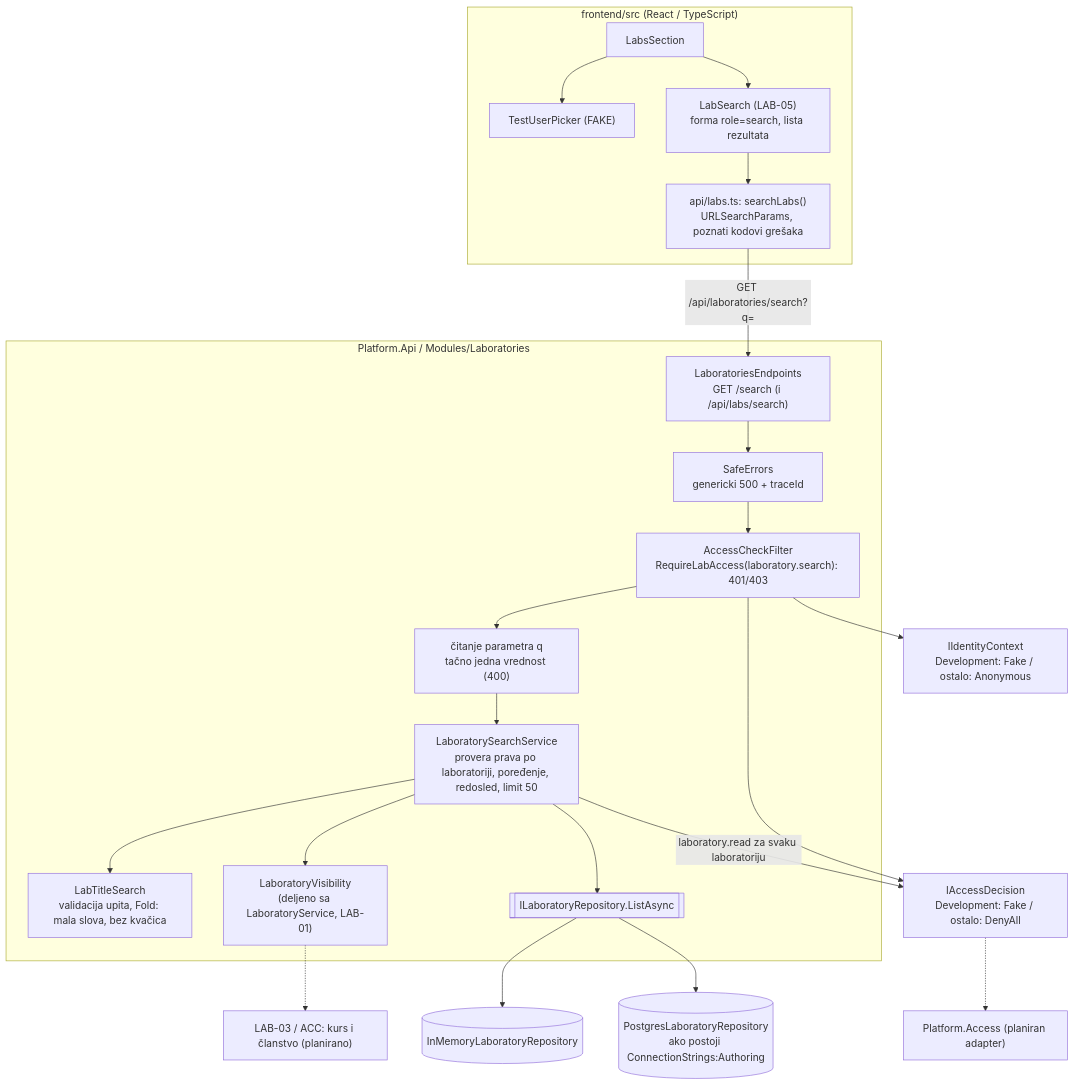
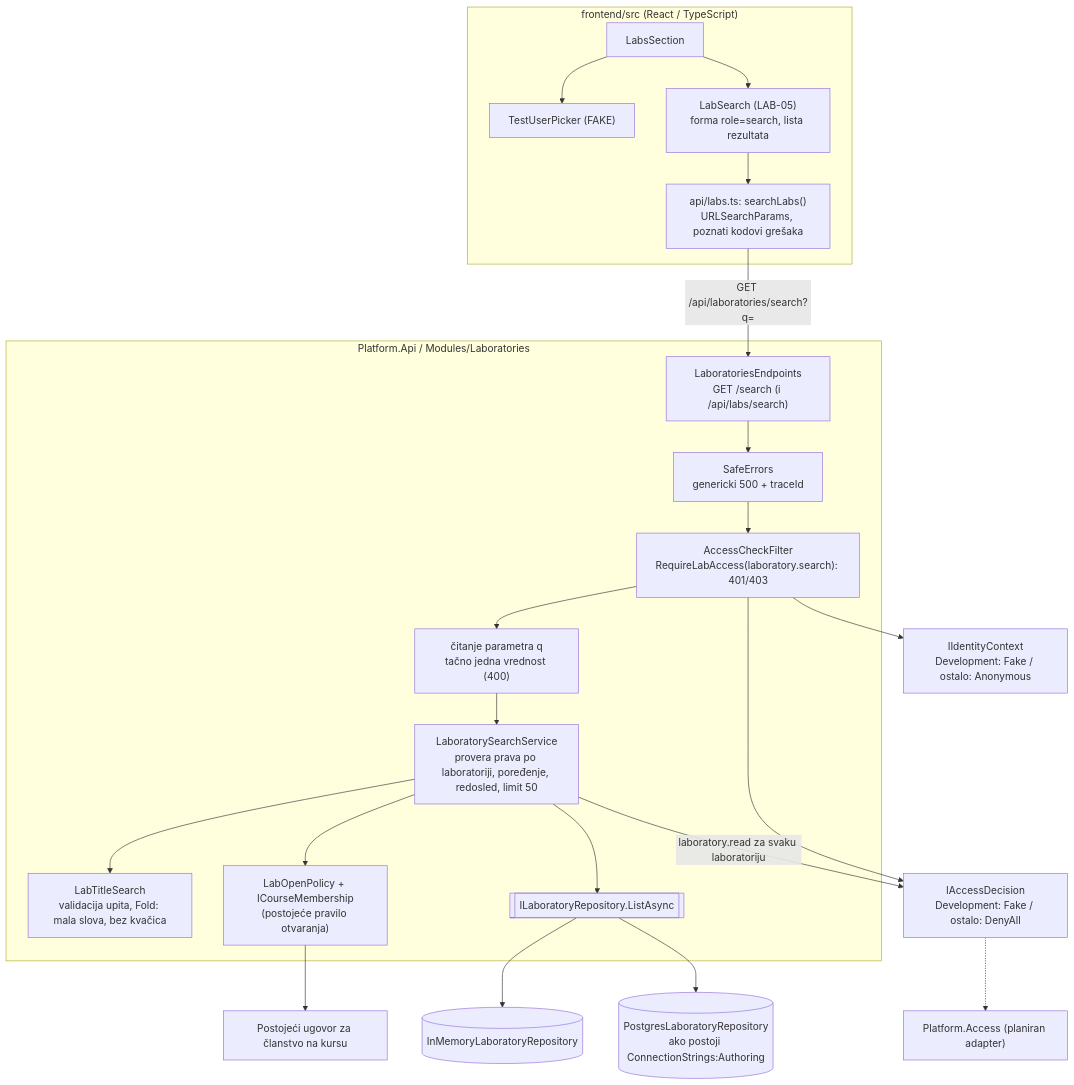
The first of 2 diagrams in docs/components/LAB-05-search.md (djufa762x39/security-lab), drawn with Mermaid before and after one commit. The commit also changed other lines of this file and 8 other files, not shown here.

Commit message:
fix/lab-05/check course membership in search

````diff
--- a/docs/components/LAB-05-search.md
+++ b/docs/components/LAB-05-search.md
@@ -57,34 +60,34 @@
 ```mermaid
 flowchart TB
   subgraph FE["frontend/src (React / TypeScript)"]
     SEC["LabsSection"] --> PICK["TestUserPicker (FAKE)"]
     SEC --> SEARCH["LabSearch (LAB-05)<br/>forma role=search, lista rezultata"]
     SEARCH --> API["api/labs.ts: searchLabs()<br/>URLSearchParams, poznati kodovi grešaka"]
   end
 
   API -->|"GET /api/laboratories/search?q="| ROUTES
 
   subgraph BE["Platform.Api / Modules/Laboratories"]
     ROUTES["LaboratoriesEndpoints<br/>GET /search (i /api/labs/search)"]
     SAFE["SafeErrors<br/>genericki 500 + traceId"]
     FILTER["AccessCheckFilter<br/>RequireLabAccess(laboratory.search): 401/403"]
     QUERY["čitanje parametra q<br/>tačno jedna vrednost (400)"]
     SVC["LaboratorySearchService<br/>provera prava po laboratoriji, poređenje, redosled, limit 50"]
     TERM["LabTitleSearch<br/>validacija upita, Fold: mala slova, bez kvačica"]
-    VIS["LaboratoryVisibility<br/>(deljeno sa LaboratoryService, LAB-01)"]
+    VIS["LabOpenPolicy + ICourseMembership<br/>(postojeće pravilo otvaranja)"]
     REPO[["ILaboratoryRepository.ListAsync"]]
 
     ROUTES --> SAFE --> FILTER --> QUERY --> SVC
     SVC --> TERM
     SVC --> VIS
     SVC --> REPO
   end
 
   FILTER --> IDC["IIdentityContext<br/>Development: Fake / ostalo: Anonymous"]
   FILTER --> ACD["IAccessDecision<br/>Development: Fake / ostalo: DenyAll"]
   SVC -->|"laboratory.read za svaku laboratoriju"| ACD
   REPO --> MEM[("InMemoryLaboratoryRepository")]
   REPO --> PG[("PostgresLaboratoryRepository<br/>ako postoji ConnectionStrings:Authoring")]
   ACD -.-> ACC["Platform.Access (planiran adapter)"]
-  VIS -.-> COURSE["LAB-03 / ACC: kurs i članstvo (planirano)"]
+  VIS --> COURSE["Postojeći ugovor za članstvo na kursu"]
 ```
````
